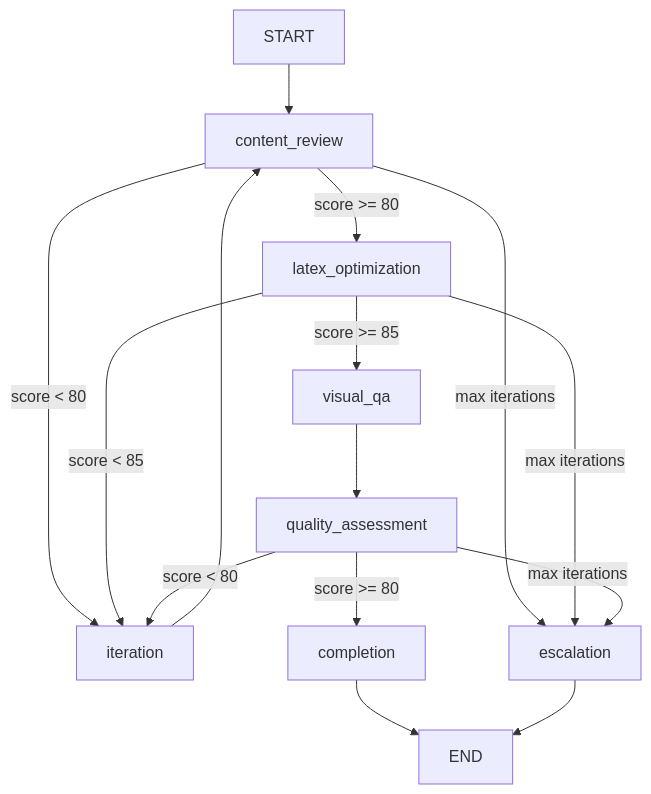
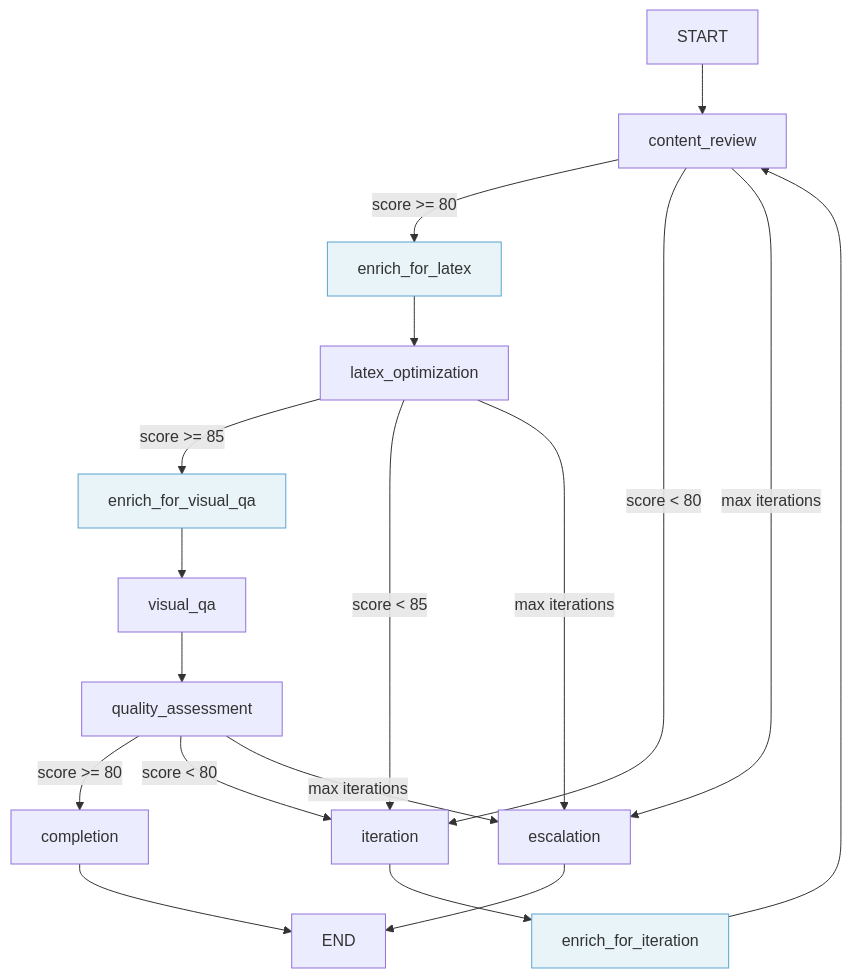
One commit to kormco/deepagents-printshop changed the diagram in README.md. Above: the diagram before and after it, drawn with Mermaid. The commit also changed other lines of this file and 49 other files, not shown here.

````diff
--- a/README.md
+++ b/README.md
@@ -47,17 +62,24 @@
 ```mermaid
 graph TD
     START --> content_review
-    content_review -->|score >= 80| latex_optimization
+    content_review -->|score >= 80| enrich_for_latex
     content_review -->|score < 80| iteration
     content_review -->|max iterations| escalation
-    latex_optimization -->|score >= 85| visual_qa
+    enrich_for_latex --> latex_optimization
+    latex_optimization -->|score >= 85| enrich_for_visual_qa
     latex_optimization -->|score < 85| iteration
     latex_optimization -->|max iterations| escalation
+    enrich_for_visual_qa --> visual_qa
     visual_qa --> quality_assessment
     quality_assessment -->|score >= 80| completion
     quality_assessment -->|score < 80| iteration
     quality_assessment -->|max iterations| escalation
-    iteration --> content_review
+    iteration --> enrich_for_iteration
+    enrich_for_iteration --> content_review
     completion --> END
     escalation --> END
+
+    style enrich_for_latex fill:#e8f4f8,stroke:#5ba4cf
+    style enrich_for_visual_qa fill:#e8f4f8,stroke:#5ba4cf
+    style enrich_for_iteration fill:#e8f4f8,stroke:#5ba4cf
 ```
````
